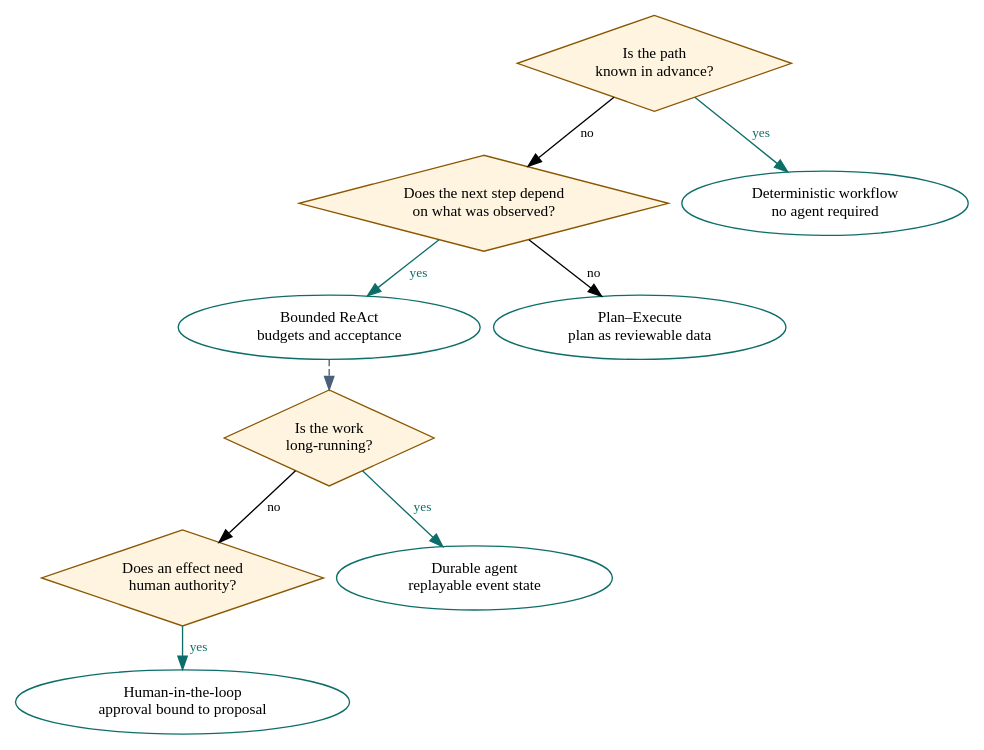
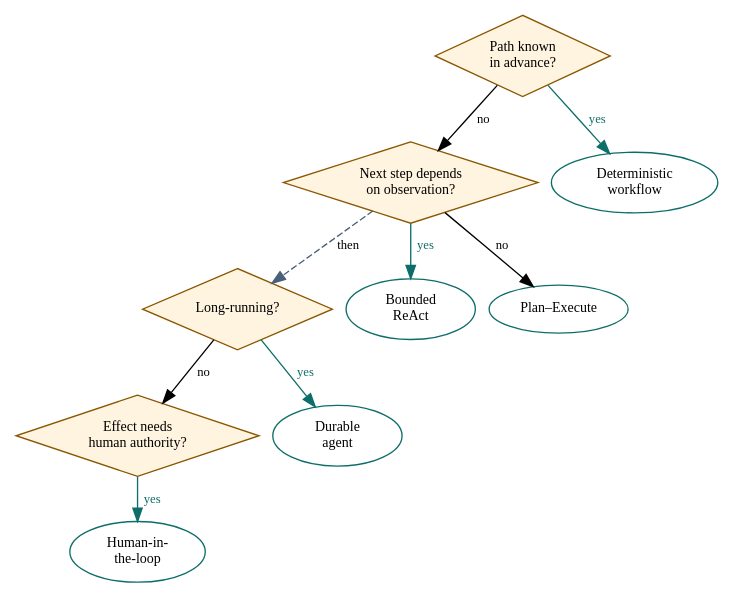
Before and after one commit to rrahimi-uci/building-enterprise-general-intelligence: the diagram in assets/diagrams/src/pattern-decision-tree.gv, drawn with Graphviz. The commit also changed 68 other files, not shown here.

First line of the commit message:
feat: redesign all 20 diagrams from editable sources, rendered as vectors

```diff
--- a/assets/diagrams/src/pattern-decision-tree.gv
+++ b/assets/diagrams/src/pattern-decision-tree.gv
@@ -1,29 +1,29 @@
 // Figure 16-1 — Pattern selection decision tree.
 // Message: choose by hidden obligation, uncertainty and risk, not by fashionable
-// terminology. Every leaf names the pattern and the reason it was reached.
+// terminology. Each leaf names the pattern and the condition that reached it.
 digraph pattern_decision_tree {
   rankdir = TB
-  graph [ranksep=0.30, nodesep=0.14]
-  node [width=1.45, fontsize=11.5]
-  edge [fontsize=10]
+  graph [ranksep=0.32, nodesep=0.14]
+  node [width=1.35, fontsize=10.5]
+  edge [fontsize=9.5]
 
-  q1 [label="Is the path\nknown in advance?", fillcolor="#FFF4DF", color="#8A5600", shape=diamond, style=filled, width=1.9, height=1.0]
-  q2 [label="Does the next step depend\non what was observed?", fillcolor="#FFF4DF", color="#8A5600", shape=diamond, style=filled, width=2.2, height=1.0]
-  q3 [label="Is the work\nlong-running?", fillcolor="#FFF4DF", color="#8A5600", shape=diamond, style=filled, width=1.9, height=1.0]
-  q4 [label="Does an effect need\nhuman authority?", fillcolor="#FFF4DF", color="#8A5600", shape=diamond, style=filled, width=2.1, height=1.0]
+  q1 [label="Path known\nin advance?", fillcolor="#FFF4DF", color="#8A5600", shape=diamond, style=filled, width=1.5, height=0.85]
+  q2 [label="Next step depends\non observation?", fillcolor="#FFF4DF", color="#8A5600", shape=diamond, style=filled, width=1.8, height=0.85]
+  q3 [label="Long-running?", fillcolor="#FFF4DF", color="#8A5600", shape=diamond, style=filled, width=1.5, height=0.85]
+  q4 [label="Effect needs\nhuman authority?", fillcolor="#FFF4DF", color="#8A5600", shape=diamond, style=filled, width=1.7, height=0.85]
 
-  p1 [label="Deterministic workflow\nno agent required", fillcolor="#E7F5F3", color="#0D6E69"]
-  p2 [label="Bounded ReAct\nbudgets and acceptance", fillcolor="#E7F5F3", color="#0D6E69"]
-  p3 [label="Plan–Execute\nplan as reviewable data", fillcolor="#E7F5F3", color="#0D6E69"]
-  p4 [label="Durable agent\nreplayable event state", fillcolor="#E7F5F3", color="#0D6E69"]
-  p5 [label="Human-in-the-loop\napproval bound to proposal", fillcolor="#E7F5F3", color="#0D6E69"]
+  p1 [label="Deterministic\nworkflow", fillcolor="#E7F5F3", color="#0D6E69"]
+  p2 [label="Bounded\nReAct", fillcolor="#E7F5F3", color="#0D6E69"]
+  p3 [label="Plan–Execute", fillcolor="#E7F5F3", color="#0D6E69"]
+  p4 [label="Durable\nagent", fillcolor="#E7F5F3", color="#0D6E69"]
+  p5 [label="Human-in-\nthe-loop", fillcolor="#E7F5F3", color="#0D6E69"]
 
   q1 -> p1 [label=" yes ", color="#0D6E69", fontcolor="#0D6E69"]
   q1 -> q2 [label=" no "]
   q2 -> p2 [label=" yes ", color="#0D6E69", fontcolor="#0D6E69"]
   q2 -> p3 [label=" no "]
-  p2 -> q3 [style=dashed, color="#4A6078"]
+  q2 -> q3 [style=dashed, color="#4A6078", label=" then "]
   q3 -> p4 [label=" yes ", color="#0D6E69", fontcolor="#0D6E69"]
   q3 -> q4 [label=" no "]
   q4 -> p5 [label=" yes ", color="#0D6E69", fontcolor="#0D6E69"]
 }
```
